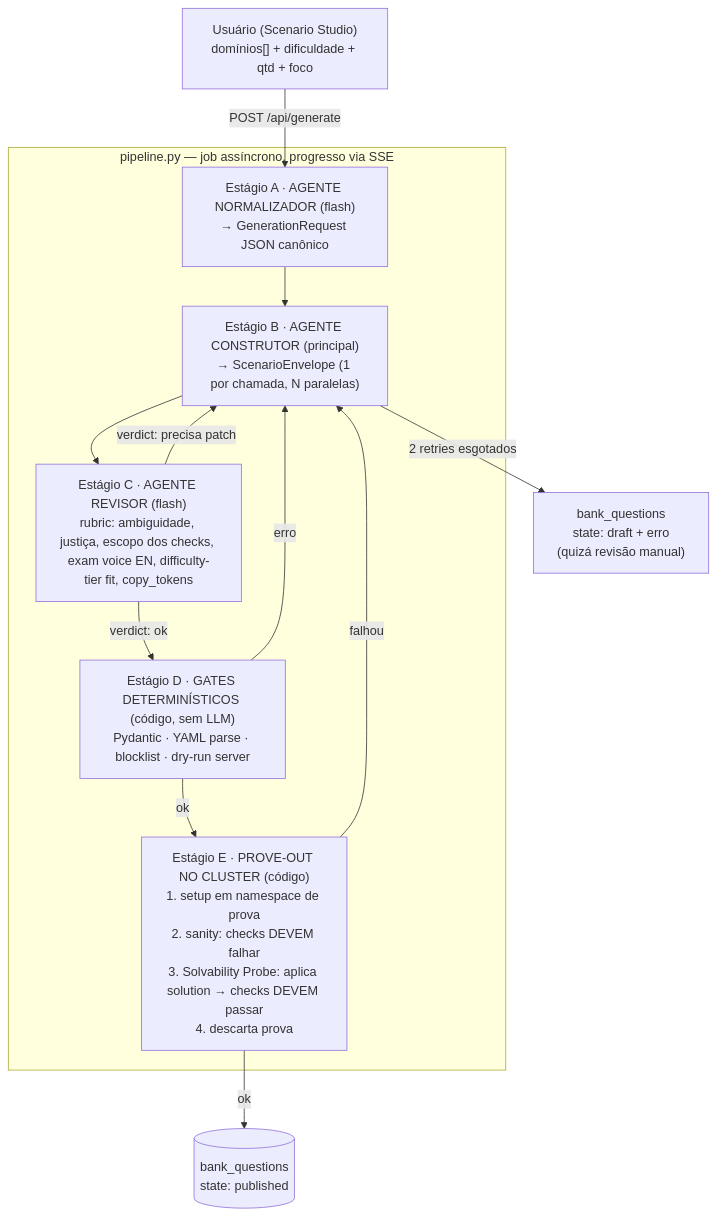
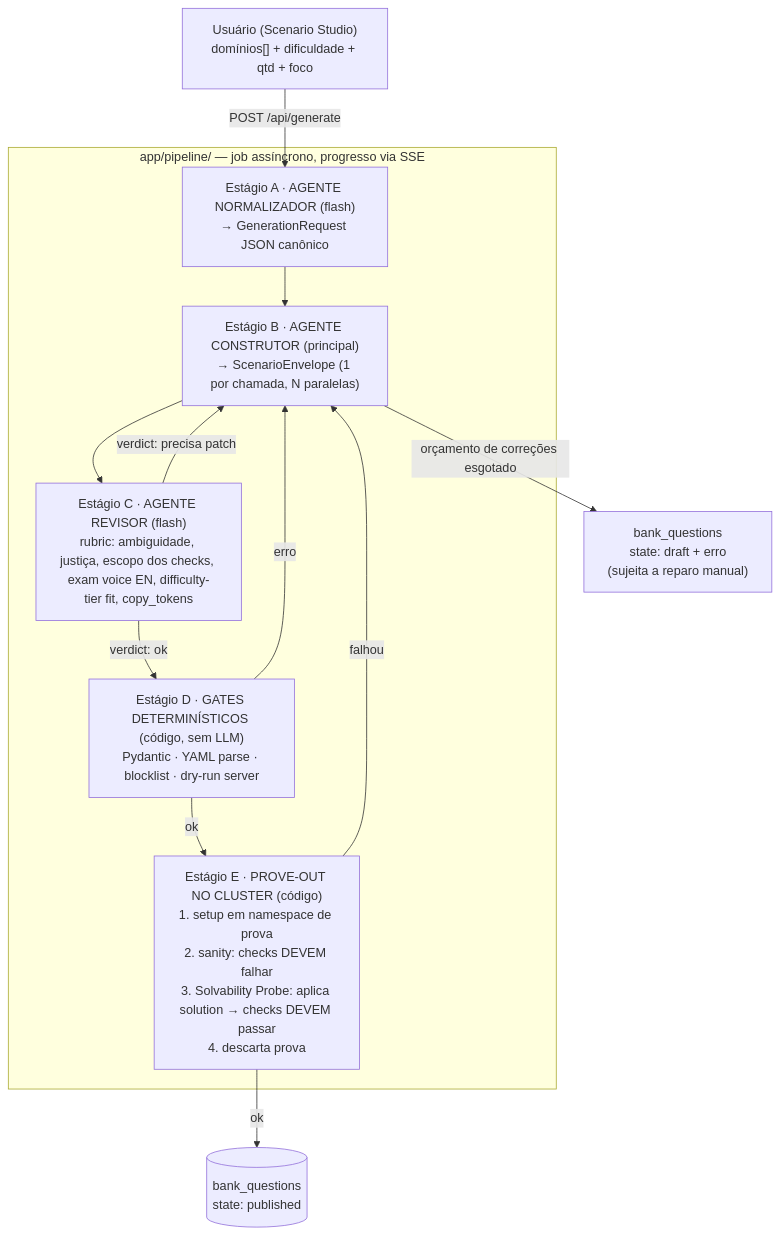
The diagram in LLM_PIPELINE_SPEC.md (Fabi0x01/cka-arena), drawn with Mermaid before and after one commit. The commit also changed other lines of this file and 12 other files, not shown here.

````diff
--- a/LLM_PIPELINE_SPEC.md
+++ b/LLM_PIPELINE_SPEC.md
@@ -38,15 +40,15 @@
 ```mermaid
 flowchart TD
     U["Usuário (Scenario Studio)\ndomínios[] + dificuldade + qtd + foco"] -->|POST /api/generate| A
-    subgraph PIPE["pipeline.py — job assíncrono, progresso via SSE"]
+    subgraph PIPE["app/pipeline/ — job assíncrono, progresso via SSE"]
         A["Estágio A · AGENTE NORMALIZADOR (flash)\n→ GenerationRequest JSON canônico"] --> B["Estágio B · AGENTE CONSTRUTOR (principal)\n→ ScenarioEnvelope (1 por chamada, N paralelas)"]
         B --> C["Estágio C · AGENTE REVISOR (flash)\nrubric: ambiguidade, justiça, escopo dos checks, exam voice EN, difficulty-tier fit, copy_tokens"]
         C -->|verdict: precisa patch| B
         C -->|verdict: ok| D["Estágio D · GATES DETERMINÍSTICOS (código, sem LLM)\nPydantic · YAML parse · blocklist · dry-run server"]
         D -->|erro| B
         D -->|ok| E["Estágio E · PROVE-OUT NO CLUSTER (código)\n1. setup em namespace de prova\n2. sanity: checks DEVEM falhar\n3. Solvability Probe: aplica solution → checks DEVEM passar\n4. descarta prova"]
         E -->|falhou| B
     end
     E -->|ok| BANK[("bank_questions\nstate: published")]
-    B -->|2 retries esgotados| QUAR["bank_questions\nstate: draft + erro\n(quizá revisão manual)"]
+    B -->|orçamento de correções esgotado| QUAR["bank_questions\nstate: draft + erro\n(sujeita a reparo manual)"]
 ```
````
